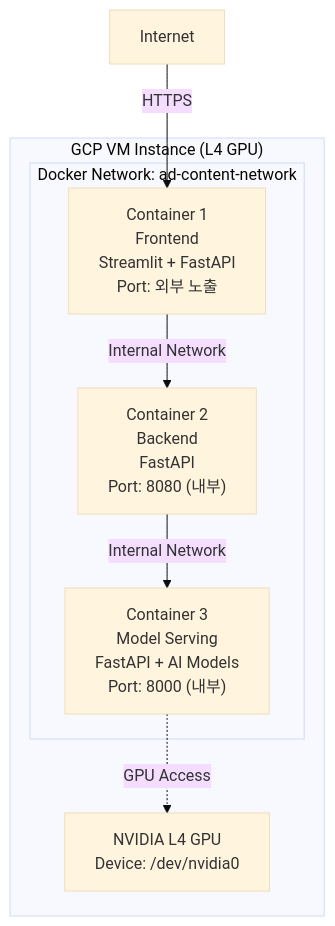
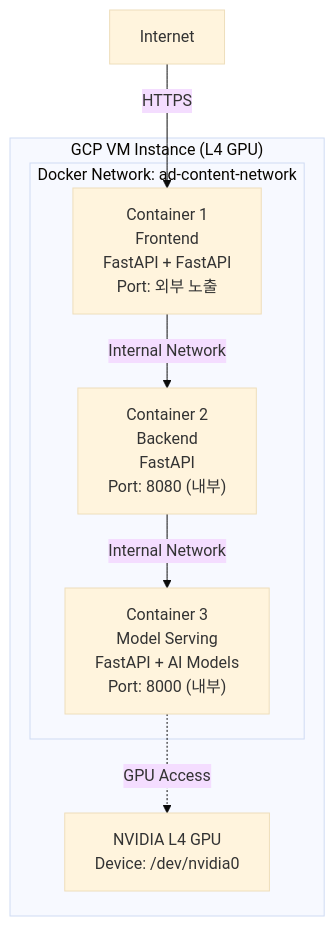
One commit to krapnuyij/codeit-ai-3team-ad-content changed the third of 3 diagrams in docs/doc/아키텍처설계.md. Above: the diagram before and after it, drawn with Mermaid (base theme). The commit also changed other lines of this file and 22 other files, not shown here.

````diff
--- a/docs/doc/아키텍처설계.md
+++ b/docs/doc/아키텍처설계.md
@@ -291,17 +291,17 @@
 ```mermaid
 graph TB
     subgraph "GCP VM Instance (L4 GPU)"
         subgraph "Docker Network: ad-content-network"
-            Container1["Container 1<br/>Frontend<br/>Streamlit + FastAPI<br/>Port: 외부 노출"]
+            Container1["Container 1<br/>Frontend<br/>FastAPI + FastAPI<br/>Port: 외부 노출"]
             Container2["Container 2<br/>Backend<br/>FastAPI<br/>Port: 8080 (내부)"]
             Container3["Container 3<br/>Model Serving<br/>FastAPI + AI Models<br/>Port: 8000 (내부)"]
         end
 
         GPU_Device["NVIDIA L4 GPU<br/>Device: /dev/nvidia0"]
     end
 
     Internet["Internet"] -->|HTTPS| Container1
     Container1 -->|Internal Network| Container2
     Container2 -->|Internal Network| Container3
     Container3 -.->|GPU Access| GPU_Device
 ```
````
